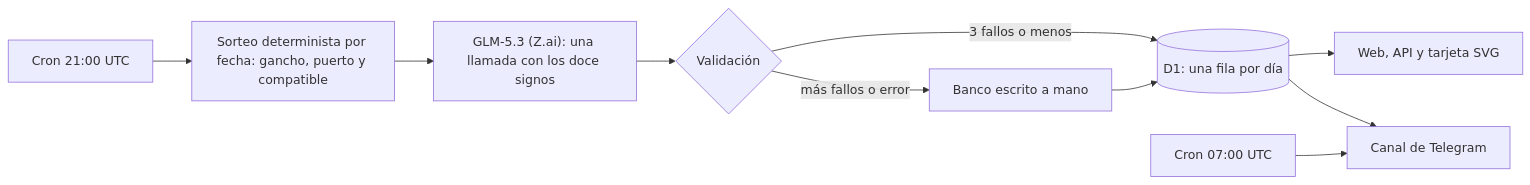
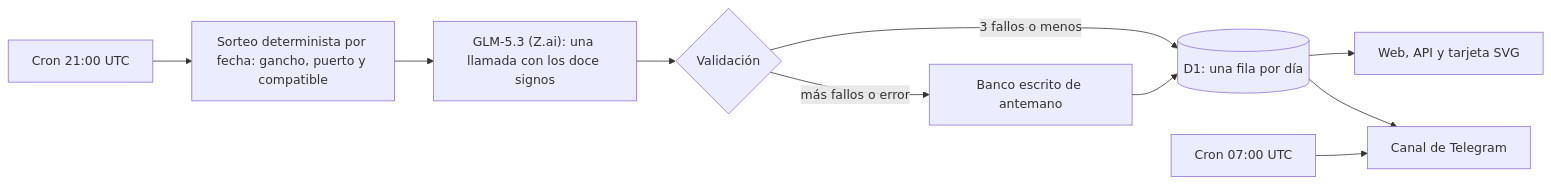
One commit to Ogires/horoscopo-de-bardo changed the diagram in README.md. Above: the diagram before and after it, drawn with Mermaid. The commit also changed other lines of this file and 4 other files, not shown here.

First line of the commit message:
docs: el banco está escrito de antemano y revisado, no «a mano»

````diff
--- a/README.md
+++ b/README.md
@@ -84,12 +84,12 @@
 ```mermaid
 flowchart LR
   C1["Cron 21:00 UTC"] --> S["Sorteo determinista por fecha: gancho, puerto y compatible"]
   S --> Z["GLM-5.3 (Z.ai): una llamada con los doce signos"]
   Z --> V{"Validación"}
   V -->|"3 fallos o menos"| D[("D1: una fila por día")]
-  V -->|"más fallos o error"| B["Banco escrito a mano"]
+  V -->|"más fallos o error"| B["Banco escrito de antemano"]
   B --> D
   D --> W["Web, API y tarjeta SVG"]
   C2["Cron 07:00 UTC"] --> T["Canal de Telegram"]
   D --> T
 ```
````
